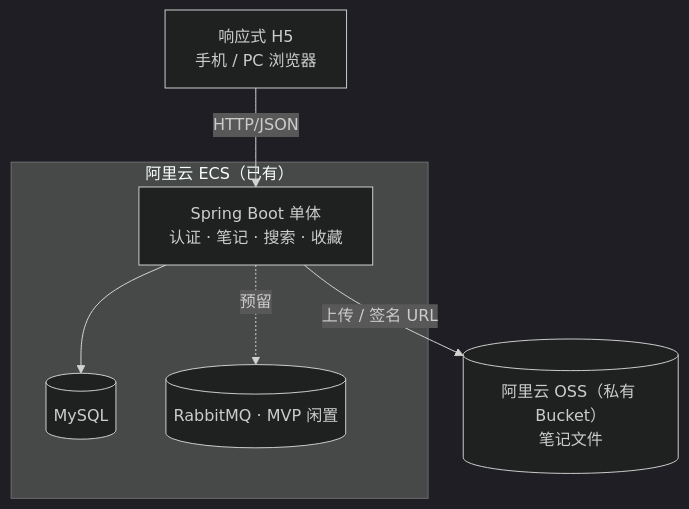
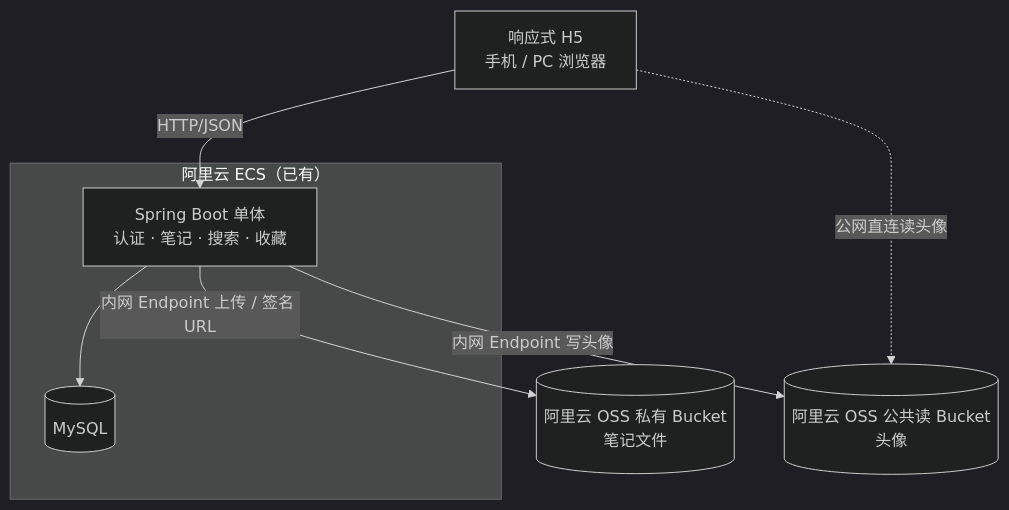
The fourth of 4 diagrams in docs/需求分析.md (ShiwarHoufu/jotang-note), drawn with Mermaid (dark theme) before and after one commit. The commit also changed other lines of this file and 61 other files, not shown here.

````diff
--- a/docs/需求分析.md
+++ b/docs/需求分析.md
@@ -175,14 +172,15 @@
 ```mermaid
 flowchart TB
   H5["响应式 H5<br/>手机 / PC 浏览器"]
   subgraph Server["阿里云 ECS（已有）"]
     APP["Spring Boot 单体<br/>认证 · 笔记 · 搜索 · 收藏"]
     MySQL[("MySQL")]
-    MQ[("RabbitMQ · MVP 闲置")]
   end
-  OSS[("阿里云 OSS（私有 Bucket）<br/>笔记文件")]
+  OSS[("阿里云 OSS 私有 Bucket<br/>笔记文件")]
+  OSSA[("阿里云 OSS 公共读 Bucket<br/>头像")]
   H5 -->|HTTP/JSON| APP
   APP --> MySQL
-  APP -->|上传 / 签名 URL| OSS
-  APP -. 预留 .-> MQ
+  APP -->|内网 Endpoint 上传 / 签名 URL| OSS
+  APP -->|内网 Endpoint 写头像| OSSA
+  H5 -.->|公网直连读头像| OSSA
 ```
````
